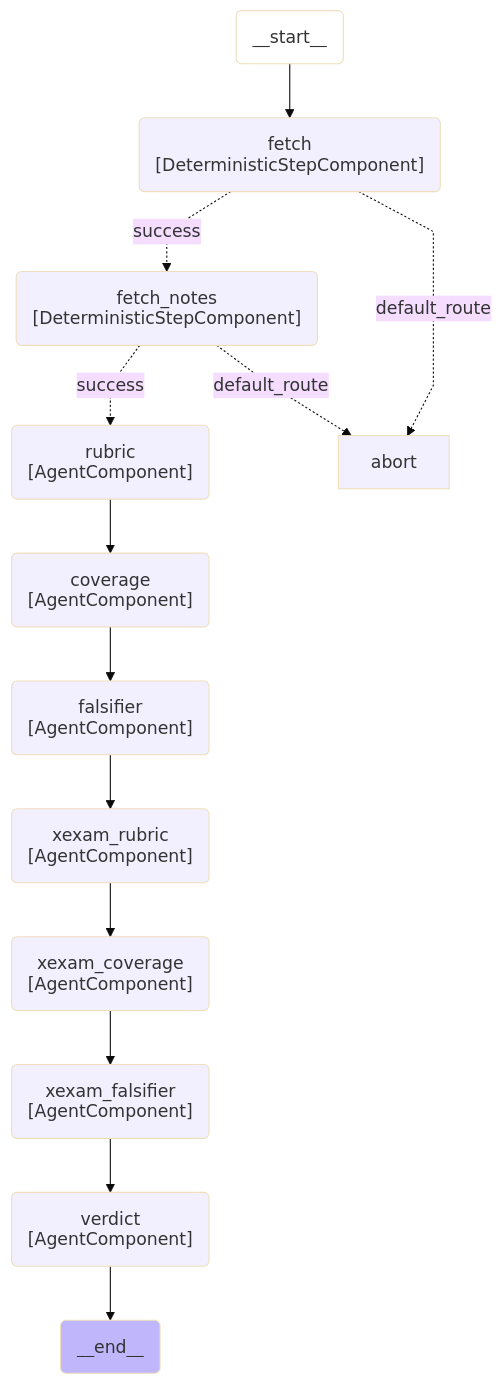
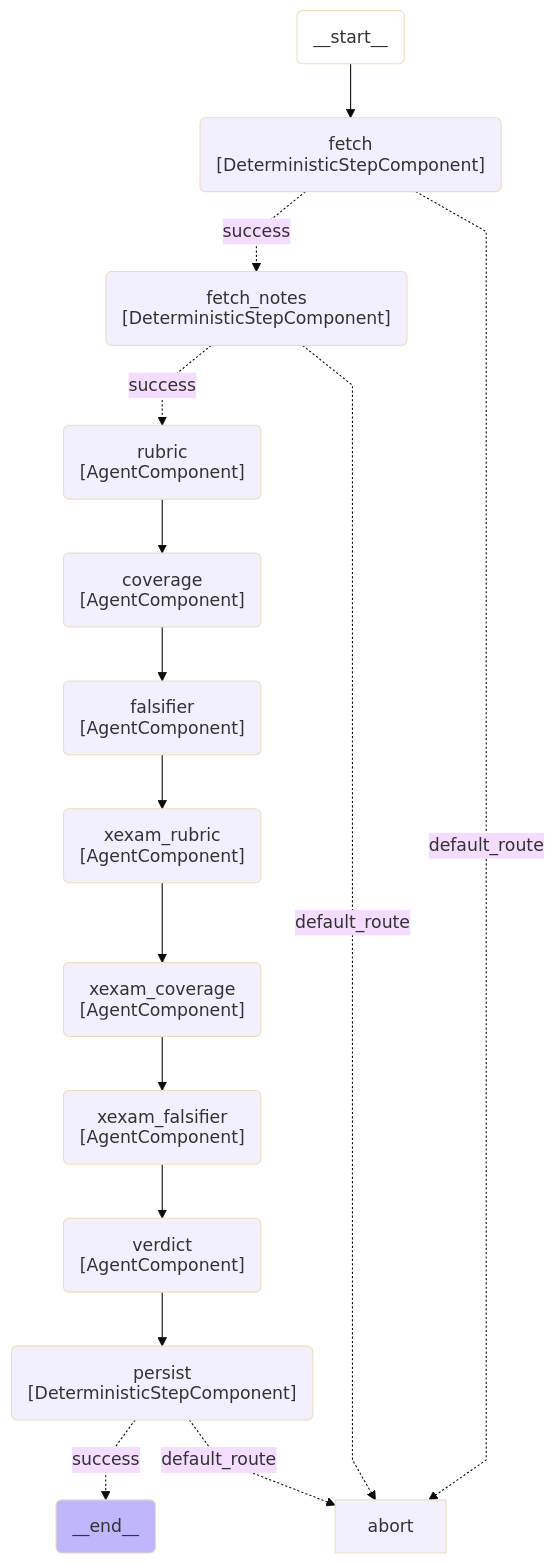
Diagram 35 of 45 in docs/duo_workflow_service_graphs.md (movax01h/ai-gateway), drawn with Mermaid (base theme) before and after one commit. The commit also changed 7 other files, not shown here.

````diff
--- a/docs/duo_workflow_service_graphs.md
+++ b/docs/duo_workflow_service_graphs.md
@@ -1066,34 +1066,37 @@
 ```mermaid
 ---
 config:
     flowchart:
         curve: linear
 ---
 graph TD;
     __start__(__start__):::first;
     __end__(__end__):::last;
     __start__ --> fetch;
     fetch(fetch<br>#91;DeterministicStepComponent#93;);
     fetch_notes(fetch_notes<br>#91;DeterministicStepComponent#93;);
     rubric(rubric<br>#91;AgentComponent#93;);
     coverage(coverage<br>#91;AgentComponent#93;);
     falsifier(falsifier<br>#91;AgentComponent#93;);
     xexam_rubric(xexam_rubric<br>#91;AgentComponent#93;);
     xexam_coverage(xexam_coverage<br>#91;AgentComponent#93;);
     xexam_falsifier(xexam_falsifier<br>#91;AgentComponent#93;);
     verdict(verdict<br>#91;AgentComponent#93;);
+    persist(persist<br>#91;DeterministicStepComponent#93;);
     fetch -.->|"success"| fetch_notes;
     fetch -.->|"default_route"| abort;
     fetch_notes -.->|"success"| rubric;
     fetch_notes -.->|"default_route"| abort;
     rubric --> coverage;
     coverage --> falsifier;
     falsifier --> xexam_rubric;
     xexam_rubric --> xexam_coverage;
     xexam_coverage --> xexam_falsifier;
     xexam_falsifier --> verdict;
-    verdict --> __end__;
+    verdict --> persist;
+    persist -.->|"success"| __end__;
+    persist -.->|"default_route"| abort;
     classDef default fill:#f2f0ff,line-height:1.2;
     classDef first fill-opacity:0;
     classDef last fill:#bfb6fc;
 ```
````
